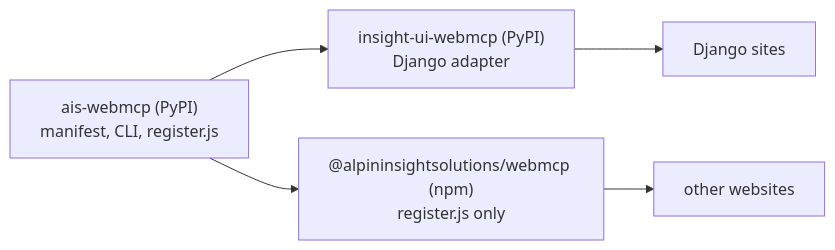
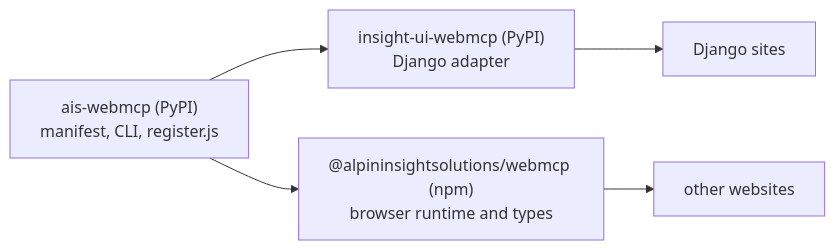
The diagram in README.md (alpininsight/ais-webmcp), drawn with Mermaid before and after one commit. The commit also changed other lines of this file, not shown here.

Commit message:
docs: clarify npm bootstrap and runtime packages

````diff
--- a/README.md
+++ b/README.md
@@ -45,10 +49,10 @@
 ```mermaid
 flowchart LR
   Core["ais-webmcp (PyPI)<br/>manifest, CLI, register.js"]
   Django["insight-ui-webmcp (PyPI)<br/>Django adapter"]
-  NPM["@alpininsightsolutions/webmcp (npm)<br/>register.js only"]
+  NPM["@alpininsightsolutions/webmcp (npm)<br/>browser runtime and types"]
   Core --> Django
   Core --> NPM
   Django --> S1["Django sites"]
   NPM --> S2["other websites"]
 ```
````
